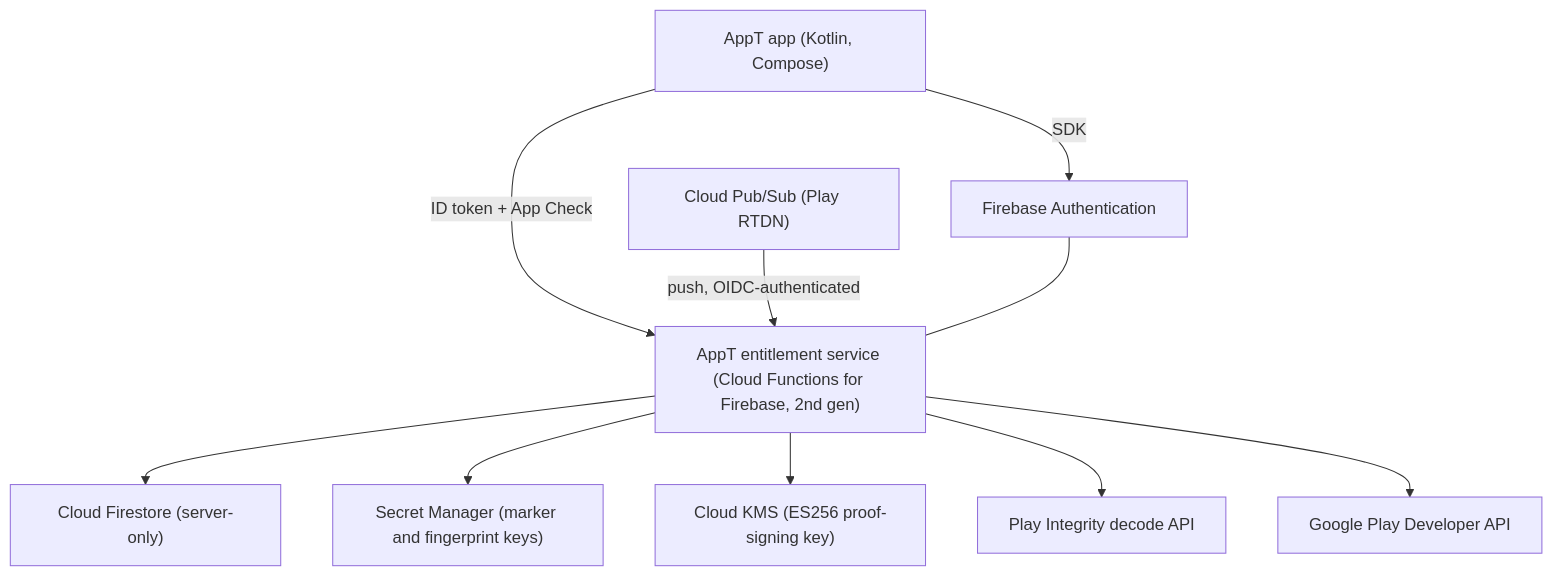
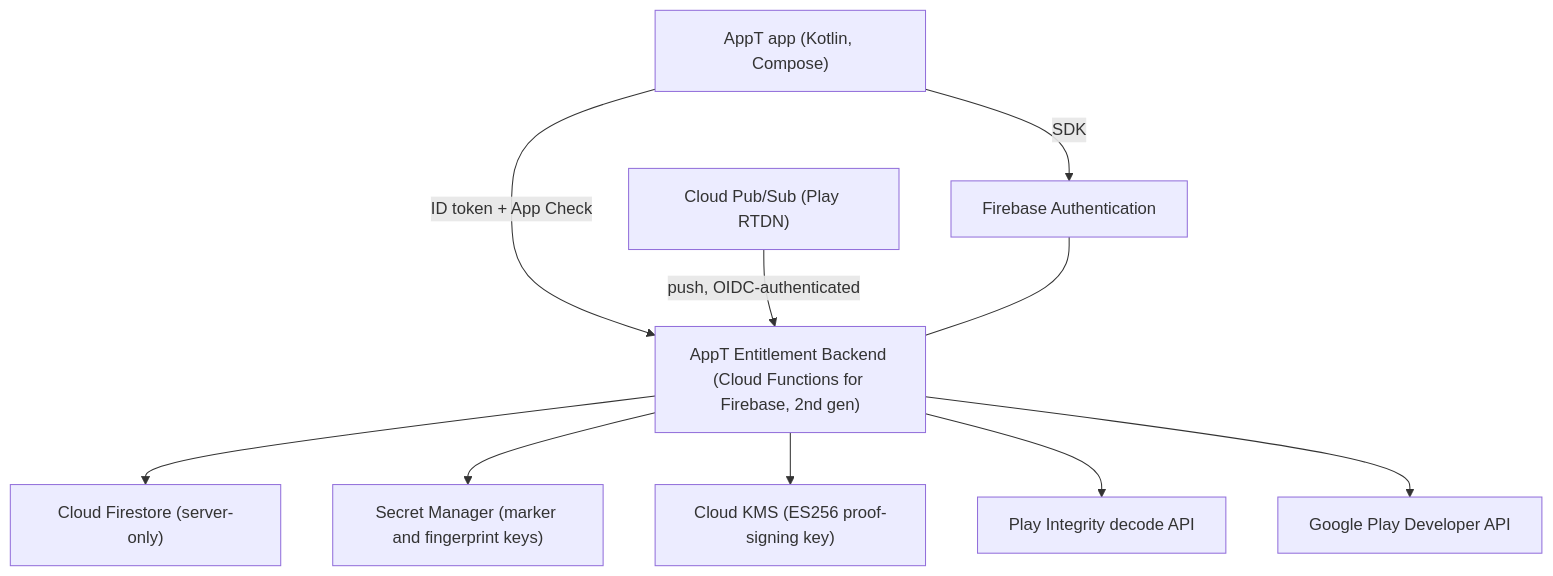
One commit to anthracite-labs/AppT changed the first of 4 diagrams in docs/architecture/sync.md. Above: the diagram before and after it, drawn with Mermaid. The commit also changed other lines of this file and 8 other files, not shown here.

````diff
--- a/docs/architecture/sync.md
+++ b/docs/architecture/sync.md
@@ -33,22 +33,22 @@
 ```mermaid
 flowchart TD
   app["AppT app (Kotlin, Compose)"]
   auth["Firebase Authentication"]
-  fn["AppT entitlement service (Cloud Functions for Firebase, 2nd gen)"]
+  fn["AppT Entitlement Backend (Cloud Functions for Firebase, 2nd gen)"]
   fs["Cloud Firestore (server-only)"]
   sm["Secret Manager (marker and fingerprint keys)"]
   kms["Cloud KMS (ES256 proof-signing key)"]
   integrity["Play Integrity decode API"]
   publisher["Google Play Developer API"]
   rtdn["Cloud Pub/Sub (Play RTDN)"]
 
   app -->|"ID token + App Check"| fn
   app -->|"SDK"| auth
   fn --> fs
   fn --> sm
   fn --> kms
   fn --> integrity
   fn --> publisher
   rtdn -->|"push, OIDC-authenticated"| fn
   auth --- fn
 ```
````
